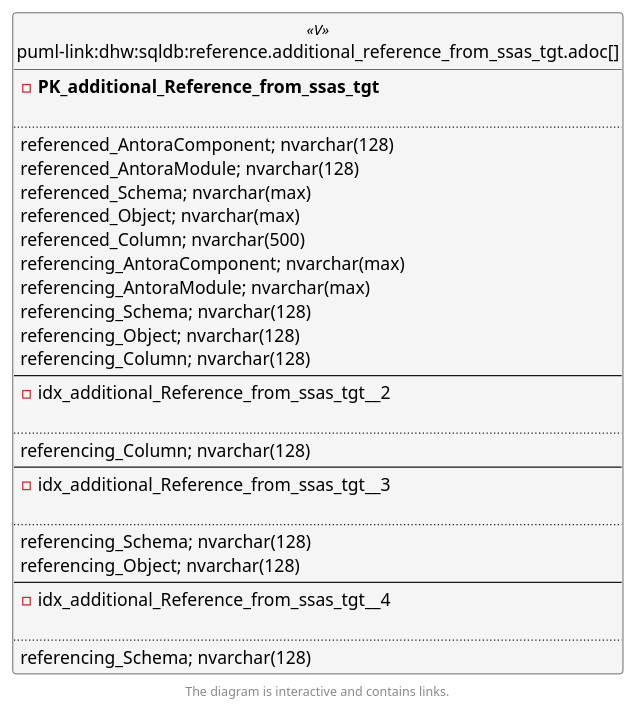
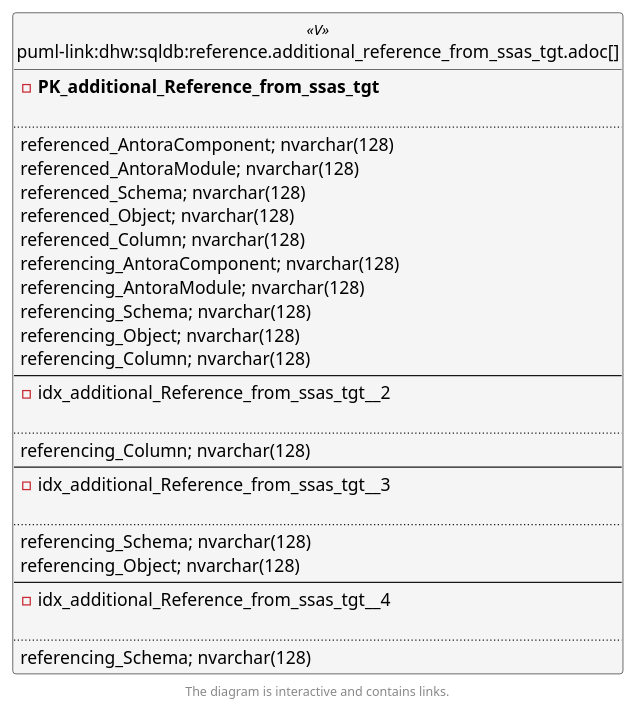
The second of 6 diagrams in docs/modules/sqldb/partials/content/reference.additional_reference_from_ssas_tgt.adoc (DataHandwerk/dhw-antora-sqldb), drawn with PlantUML before and after one commit. The commit also changed other lines of this file and 641 other files, not shown here.

```diff
--- a/docs/modules/sqldb/partials/content/reference.additional_reference_from_ssas_tgt.adoc
+++ b/docs/modules/sqldb/partials/content/reference.additional_reference_from_ssas_tgt.adoc
@@ -888,68 +888,68 @@
 [plantuml, entity_1_1_fk-{docname}, svg, subs=macros]
 ....
 @startuml
 left to right direction
 'top to bottom direction
 hide circle
 'avoide "." issues:
 set namespaceSeparator none
 
 
 skinparam class {
   BackgroundColor White
   BackgroundColor<<FN>> Yellow
   BackgroundColor<<FS>> Yellow
   BackgroundColor<<FT>> LightGray
   BackgroundColor<<IF>> Yellow
   BackgroundColor<<IS>> Yellow
   BackgroundColor<<P>>  Aqua
   BackgroundColor<<PC>> Aqua
   BackgroundColor<<SN>> Yellow
   BackgroundColor<<SO>> SlateBlue
   BackgroundColor<<TF>> LightGray
   BackgroundColor<<TR>> Tomato
   BackgroundColor<<U>>  White
   BackgroundColor<<V>>  WhiteSmoke
   BackgroundColor<<X>>  Aqua
   BackgroundColor<<external>> AliceBlue
 }
 
 
 entity "puml-link:dhw:sqldb:reference.additional_reference_from_ssas_tgt.adoc[]" as reference.additional_Reference_from_ssas_tgt << V >> {
 - **PK_additional_Reference_from_ssas_tgt**
 
 ..
 referenced_AntoraComponent; nvarchar(128)
 referenced_AntoraModule; nvarchar(128)
-referenced_Schema; nvarchar(max)
-referenced_Object; nvarchar(max)
-referenced_Column; nvarchar(500)
-referencing_AntoraComponent; nvarchar(max)
-referencing_AntoraModule; nvarchar(max)
+referenced_Schema; nvarchar(128)
+referenced_Object; nvarchar(128)
+referenced_Column; nvarchar(128)
+referencing_AntoraComponent; nvarchar(128)
+referencing_AntoraModule; nvarchar(128)
 referencing_Schema; nvarchar(128)
 referencing_Object; nvarchar(128)
 referencing_Column; nvarchar(128)
 --
 - idx_additional_Reference_from_ssas_tgt__2
 
 ..
 referencing_Column; nvarchar(128)
 --
 - idx_additional_Reference_from_ssas_tgt__3
 
 ..
 referencing_Schema; nvarchar(128)
 referencing_Object; nvarchar(128)
 --
 - idx_additional_Reference_from_ssas_tgt__4
 
 ..
 referencing_Schema; nvarchar(128)
 }
 
 
 
 footer The diagram is interactive and contains links.
 
 @enduml
 ....
```
